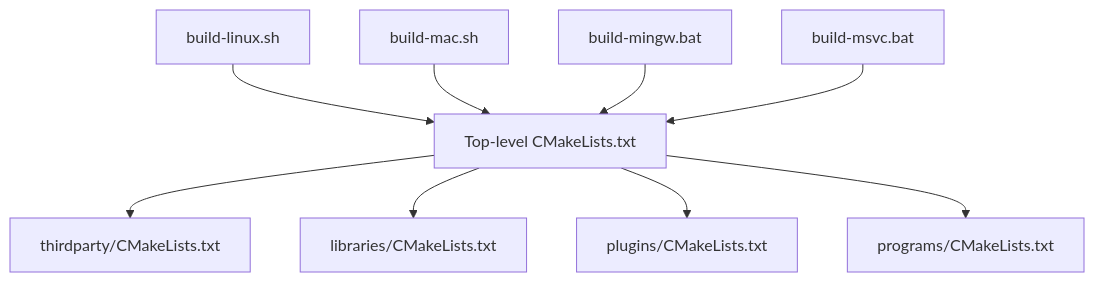
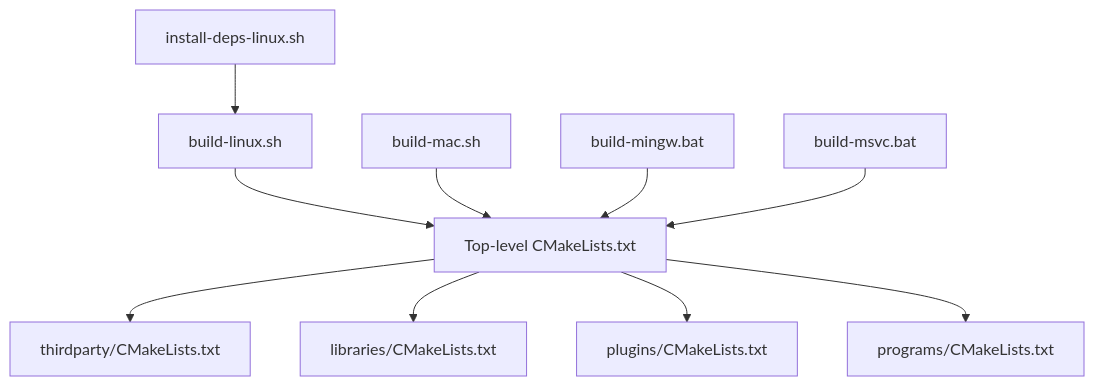
One commit to VIZ-Blockchain/viz-cpp-node changed the first of 7 diagrams in .qoder/repowiki/en/content/Development Tools/Build System/Build System.md. Above: the diagram before and after it, drawn with Mermaid. The commit also changed other lines of this file and 6 other files, not shown here.

````diff
--- a/.qoder/repowiki/en/content/Development Tools/Build System/Build System.md
+++ b/.qoder/repowiki/en/content/Development Tools/Build System/Build System.md
@@ -59,20 +63,22 @@
 ```mermaid
 graph TB
 Root["Top-level CMakeLists.txt"]
 TP["thirdparty/CMakeLists.txt"]
 LIB["libraries/CMakeLists.txt"]
 PLG["plugins/CMakeLists.txt"]
 PRG["programs/CMakeLists.txt"]
-Linux["build-linux.sh"]
+LinuxDeps["install-deps-linux.sh"]
+LinuxBuild["build-linux.sh"]
 Mac["build-mac.sh"]
 MinGW["build-mingw.bat"]
 MSVC["build-msvc.bat"]
 Root --> TP
 Root --> LIB
 Root --> PLG
 Root --> PRG
-Linux --> Root
+LinuxDeps --> LinuxBuild
+LinuxBuild --> Root
 Mac --> Root
 MinGW --> Root
 MSVC --> Root
 ```
````
